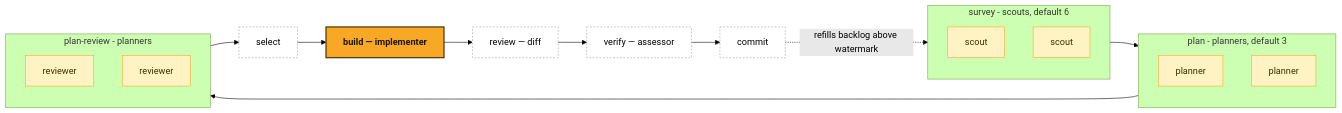
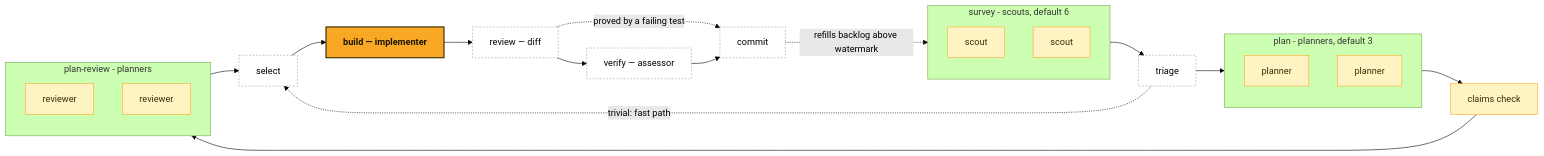
One commit to gshepptech/the-tavern changed the diagram in plugins/ranger/README.md. Above: the diagram before and after it, drawn with Mermaid (forest theme). The commit also changed other lines of this file and 14 other files, not shown here.

````diff
--- a/plugins/ranger/README.md
+++ b/plugins/ranger/README.md
@@ -79,29 +80,33 @@
 ```mermaid
 flowchart LR
     classDef pool fill:#FFF3C4,stroke:#F9A825,stroke-width:1px,color:#3a2e00;
     classDef serial fill:#F9A825,stroke:#3a2e00,stroke-width:2px,color:#1a1400,font-weight:bold;
     classDef lead fill:none,stroke:#999,stroke-width:1px,stroke-dasharray:3 3;
 
     subgraph SU["survey - scouts, default 6"]
         direction TB
         s1[scout]:::pool
         s2[scout]:::pool
     end
     subgraph PL["plan - planners, default 3"]
         direction TB
         p1[planner]:::pool
         p2[planner]:::pool
     end
     subgraph PR["plan-review - planners"]
         direction TB
         r1[reviewer]:::pool
         r2[reviewer]:::pool
     end
 
-    SU --> PL --> PR --> SEL[select]:::lead
+    SU --> TRI[triage]:::lead
+    TRI --> PL --> CHK[claims check]:::pool
+    CHK --> PR --> SEL[select]:::lead
+    TRI -.trivial: fast path.-> SEL
     SEL --> BUILD[build — implementer]:::serial
     BUILD --> DIFF[review — diff]:::lead
     DIFF --> VER[verify — assessor]:::lead
+    DIFF -.proved by a failing test.-> COM
     VER --> COM[commit]:::lead
     COM -.refills backlog above watermark.-> SU
 ```
````
